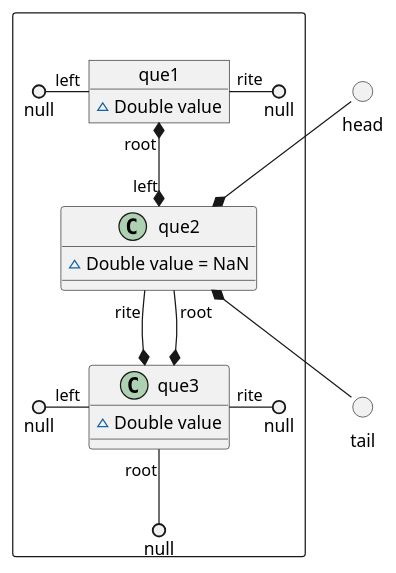
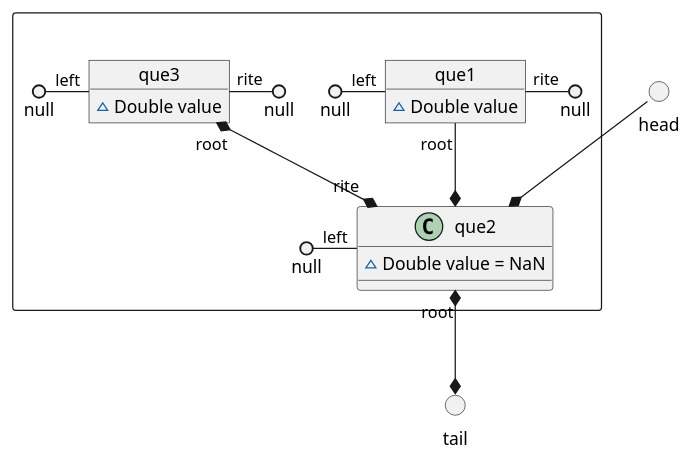
The diagram in src/docs/UML/reorderScheme/_07_queue.puml (vitalispopoff/calculator), drawn with PlantUML before and after one commit. The commit also changed 17 other files, not shown here.

```diff
--- a/src/docs/UML/reorderScheme/_07_queue.puml
+++ b/src/docs/UML/reorderScheme/_07_queue.puml
@@ -1,33 +1,33 @@
 @startuml
 
 () head
 () tail
 
 package " " <<Rectangle>>{
 
-    head --*  que2
+         head --* que2
 
     object que1{
         ~ Double value
     }
-        null ()- "left" que1
+    null ()- "left" que1
         que1 "rite" -() null
-        que1 "root" *--* "left" que2
+        que1 "root" --* que2
 
     object que2{
         ~ Double value = NaN
     }
-        que2 "rite" --* que3
-        que2 *-- tail
-        que2 "root" --*  que3
+        null ()- "left" que2
+
+        que2 "root" *--* tail
 
     object que3{
         ~ Double value
     }
         null ()- "left" que3
         que3 "rite" -() null
-        que3 "root" --() null
-
+        que3 "root" *--* "rite" que2
+'        que3 "root" --* tail
 }
 
 @enduml
```
